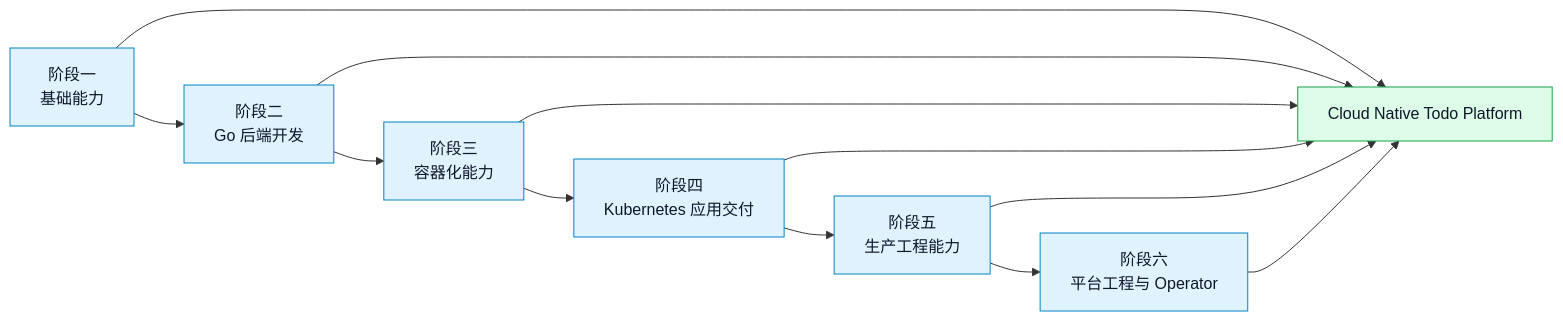
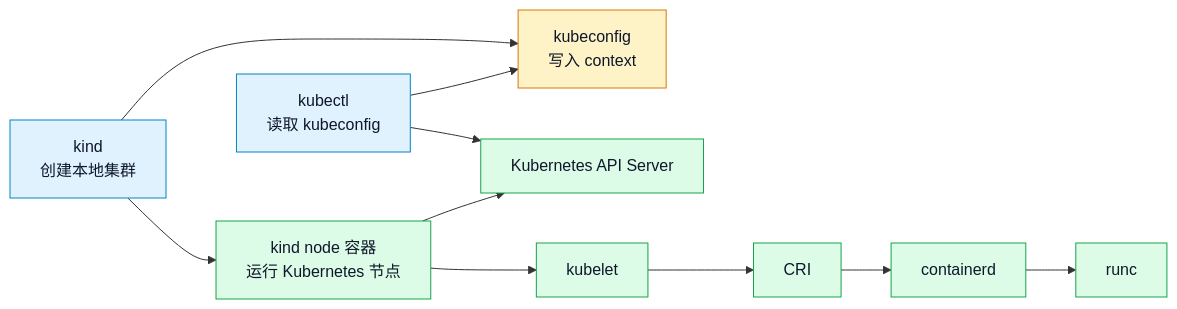
One commit to yleoer/cloud-native-todo-platform-docs changed the diagram in docs/chapters/stage-01-foundation/01-course-guide-env.md. Above: the diagram before and after it, drawn with Mermaid. The commit also changed other lines of this file and 96 other files, not shown here.

````diff
--- a/docs/chapters/stage-01-foundation/01-course-guide-env.md
+++ b/docs/chapters/stage-01-foundation/01-course-guide-env.md
@@ -84,20 +178,21 @@
 ```mermaid
 flowchart LR
-    A["阶段一<br/>基础能力"] --> B["阶段二<br/>Go 后端开发"]
-    B --> C["阶段三<br/>容器化能力"]
-    C --> D["阶段四<br/>Kubernetes 应用交付"]
-    D --> E["阶段五<br/>生产工程能力"]
-    E --> F["阶段六<br/>平台工程与 Operator"]
+    Kind["kind<br/>创建本地集群"] --> Node["kind node 容器<br/>运行 Kubernetes 节点"]
+    Kind --> Kubeconfig["kubeconfig<br/>写入 context"]
 
-    A --> P["Cloud Native Todo Platform"]
-    B --> P
-    C --> P
-    D --> P
-    E --> P
-    F --> P
+    Kubectl["kubectl<br/>读取 kubeconfig"] --> Kubeconfig
+    Kubectl --> APIServer["Kubernetes API Server"]
 
-    classDef stage fill:#e0f2fe,stroke:#0284c7,color:#0f172a
-    classDef project fill:#dcfce7,stroke:#16a34a,color:#0f172a
-    class A,B,C,D,E,F stage
-    class P project
+    Node --> APIServer
+    Node --> Kubelet["kubelet"]
+    Kubelet --> CRI["CRI"]
+    CRI --> Containerd["containerd"]
+    Containerd --> Runc["runc"]
+
+    classDef tool fill:#e0f2fe,stroke:#0284c7,color:#0f172a
+    classDef config fill:#fef3c7,stroke:#d97706,color:#0f172a
+    classDef runtime fill:#dcfce7,stroke:#16a34a,color:#0f172a
+    class Kind,Kubectl tool
+    class Kubeconfig config
+    class Node,APIServer,Kubelet,CRI,Containerd,Runc runtime
 ```
````
